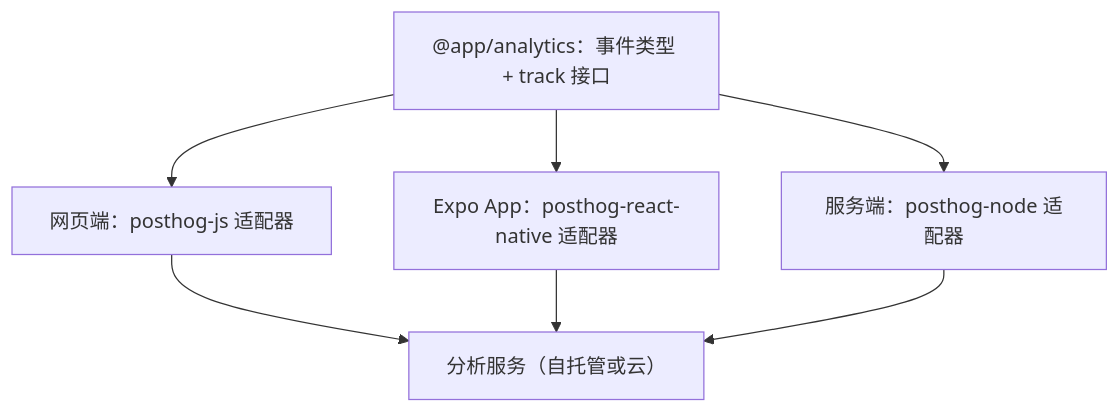
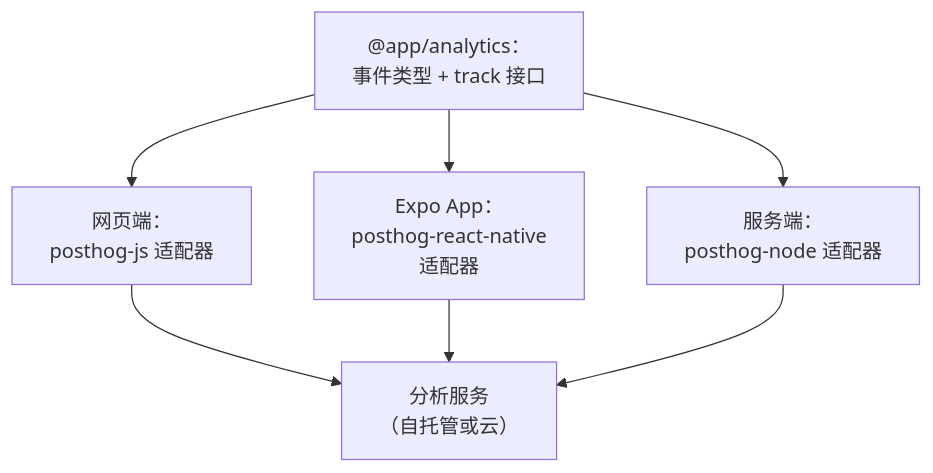
One commit to jarvis-pro/hatch-shelf changed the diagram in books/product-analytics/03-instrumentation.md. Above: the diagram before and after it, drawn with Mermaid. The commit also changed 432 other files, not shown here.

````diff
--- a/books/product-analytics/03-instrumentation.md
+++ b/books/product-analytics/03-instrumentation.md
@@ -11,9 +11,9 @@
 ```mermaid
 flowchart TD
-    T["@app/analytics：事件类型 + track 接口"] --> W["网页端：posthog-js 适配器"]
-    T --> M["Expo App：posthog-react-native 适配器"]
-    T --> S["服务端：posthog-node 适配器"]
-    W --> P["分析服务（自托管或云）"]
+    T["@app/analytics：<br/>事件类型 + track 接口"] --> W["网页端：<br/>posthog-js 适配器"]
+    T --> M["Expo App：<br/>posthog-react-native<br/>适配器"]
+    T --> S["服务端：<br/>posthog-node 适配器"]
+    W --> P["分析服务<br/>（自托管或云）"]
     M --> P
     S --> P
 ```
````
